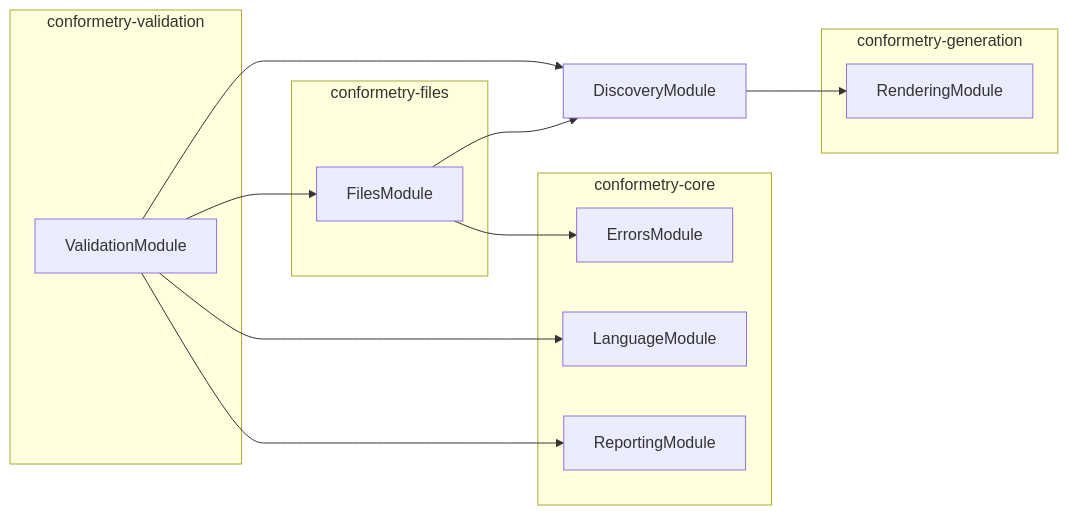
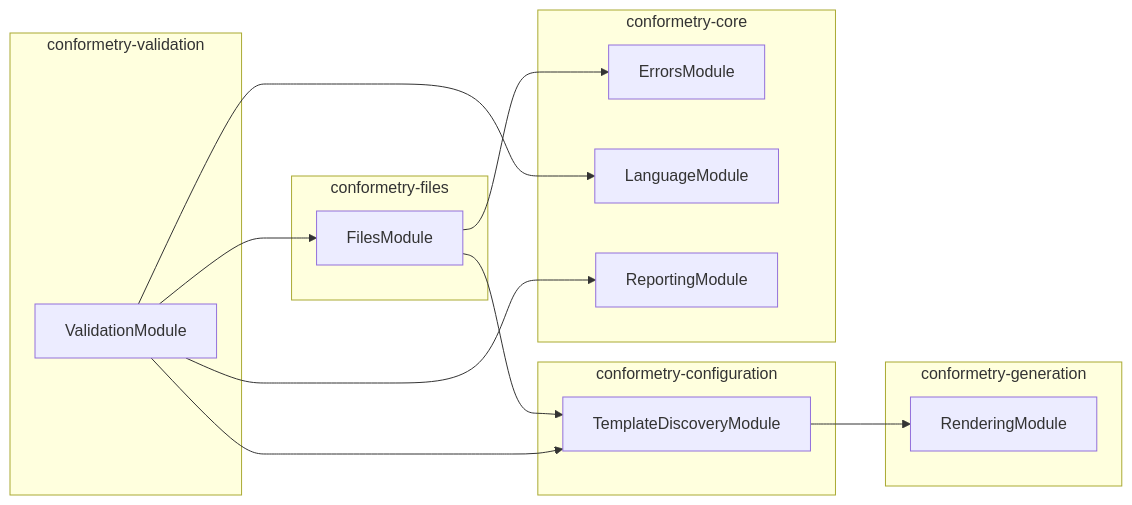
The diagram in packages/conformetry-validation/AGENTS.md (JimmyPaolini/codebase), drawn with Mermaid before and after one commit. The commit also changed other lines of this file and 59 other files, not shown here.

Commit message:
fix(conformetry): 🐛 disambiguate module names so both graphs agree

````diff
--- a/packages/conformetry-validation/AGENTS.md
+++ b/packages/conformetry-validation/AGENTS.md
@@ -57,25 +57,27 @@
 ```mermaid
 flowchart LR
   subgraph group0["conformetry-validation"]
     ValidationModule
   end
-  subgraph group1["conformetry-core"]
+  subgraph group1["conformetry-configuration"]
+    TemplateDiscoveryModule
+  end
+  subgraph group2["conformetry-core"]
     ErrorsModule
     LanguageModule
     ReportingModule
   end
-  subgraph group2["conformetry-files"]
+  subgraph group3["conformetry-files"]
     FilesModule
   end
-  subgraph group3["conformetry-generation"]
+  subgraph group4["conformetry-generation"]
     RenderingModule
   end
-  DiscoveryModule
-  DiscoveryModule --> RenderingModule
-  FilesModule --> DiscoveryModule
   FilesModule --> ErrorsModule
-  ValidationModule --> DiscoveryModule
+  FilesModule --> TemplateDiscoveryModule
+  TemplateDiscoveryModule --> RenderingModule
   ValidationModule --> FilesModule
   ValidationModule --> LanguageModule
   ValidationModule --> ReportingModule
+  ValidationModule --> TemplateDiscoveryModule
 ```
````
